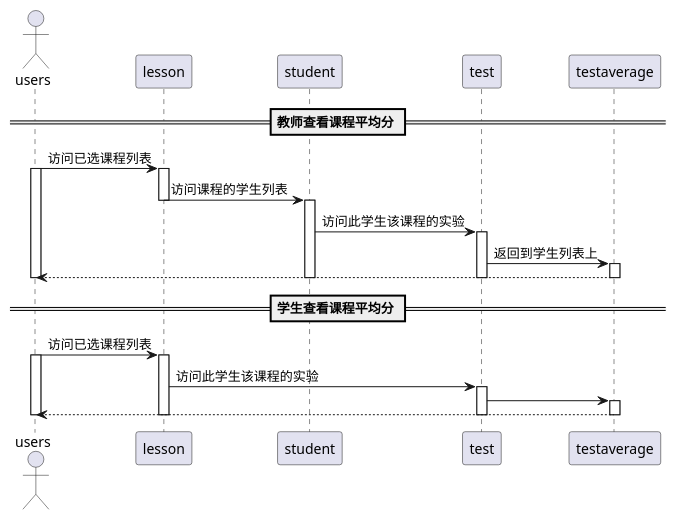
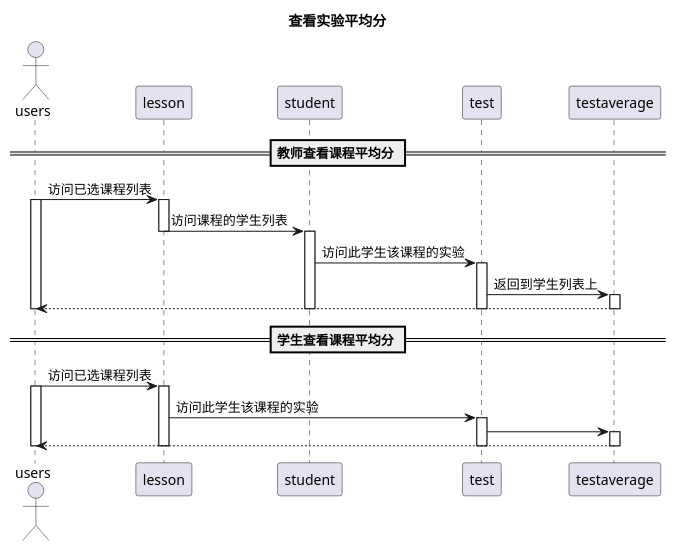
Before and after one commit to mzy1997/is_analysis: the diagram in test6/src/showTestAverage.puml, drawn with PlantUML. The commit also changed 35 other files, not shown here.

```diff
--- a/test6/src/showTestAverage.puml
+++ b/test6/src/showTestAverage.puml
@@ -1,36 +1,37 @@
 @startuml
+title 查看实验平均分
 actor users
 participant lesson
 participant student
 participant test
 participant testaverage
 == 教师查看课程平均分 ==
 users -> lesson:访问已选课程列表
 activate users
 activate lesson
 lesson -> student:访问课程的学生列表
 deactivate lesson
 activate student
 student ->test:访问此学生该课程的实验
 activate test
 test -> testaverage:返回到学生列表上
 activate testaverage
 testaverage -->users
 deactivate testaverage
 deactivate student
 deactivate users
 deactivate test
 == 学生查看课程平均分 ==
 users -> lesson:访问已选课程列表
 activate users
 activate lesson
 lesson ->test:访问此学生该课程的实验
 activate test
 test -> testaverage
 activate testaverage
 testaverage --> users
 deactivate testaverage
 deactivate test
 deactivate lesson
 deactivate users
 @enduml
```
